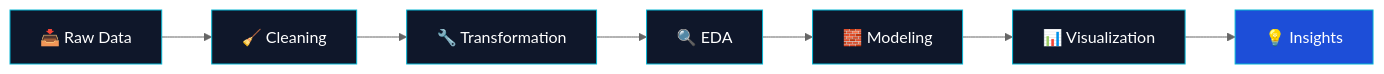
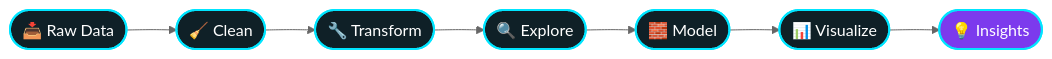
One commit to Mohamed-Salah1/Mohamed-Salah1 changed the diagram in README.md. Above: the diagram before and after it, drawn with Mermaid (neutral theme). The commit also changed other lines of this file, not shown here.

````diff
--- a/README.md
+++ b/README.md
@@ -126,17 +151,14 @@
 ```mermaid
 flowchart LR
-    A[📥 Raw Data] --> B[🧹 Cleaning]
-    B --> C[🔧 Transformation]
-    C --> D[🔍 EDA]
-    D --> E[🧱 Modeling]
-    E --> F[📊 Visualization]
-    F --> G[💡 Insights]
+    A([📥 Raw Data]) --> B([🧹 Clean])
+    B --> C([🔧 Transform])
+    C --> D([🔍 Explore])
+    D --> E([🧱 Model])
+    E --> F([📊 Visualize])
+    F --> G([💡 Insights])
 
-    style A fill:#0F172A,stroke:#06B6D4,color:#fff
-    style B fill:#0F172A,stroke:#06B6D4,color:#fff
-    style C fill:#0F172A,stroke:#06B6D4,color:#fff
-    style D fill:#0F172A,stroke:#06B6D4,color:#fff
-    style E fill:#0F172A,stroke:#06B6D4,color:#fff
-    style F fill:#0F172A,stroke:#06B6D4,color:#fff
-    style G fill:#1D4ED8,stroke:#06B6D4,color:#fff
+    classDef n fill:#0F2027,stroke:#00E5FF,stroke-width:2px,color:#fff;
+    classDef k fill:#7C3AED,stroke:#00E5FF,stroke-width:2px,color:#fff;
+    class A,B,C,D,E,F n;
+    class G k;
 ```
````
